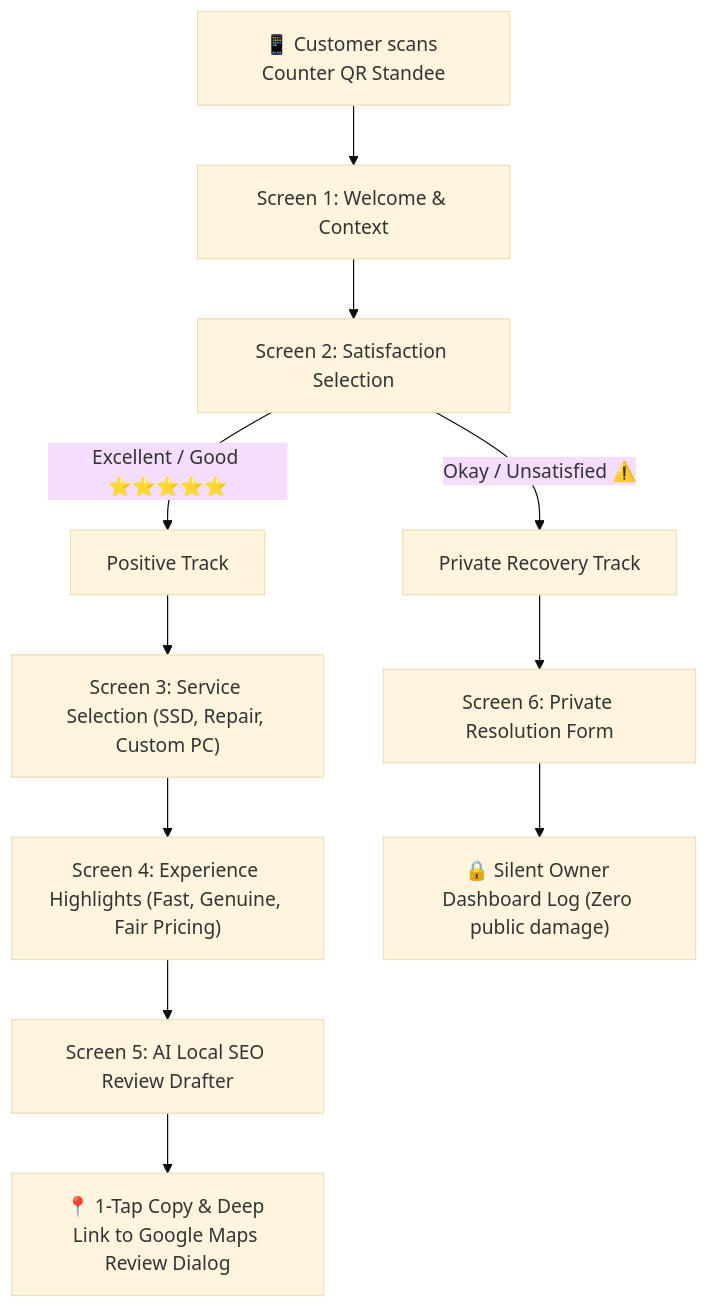
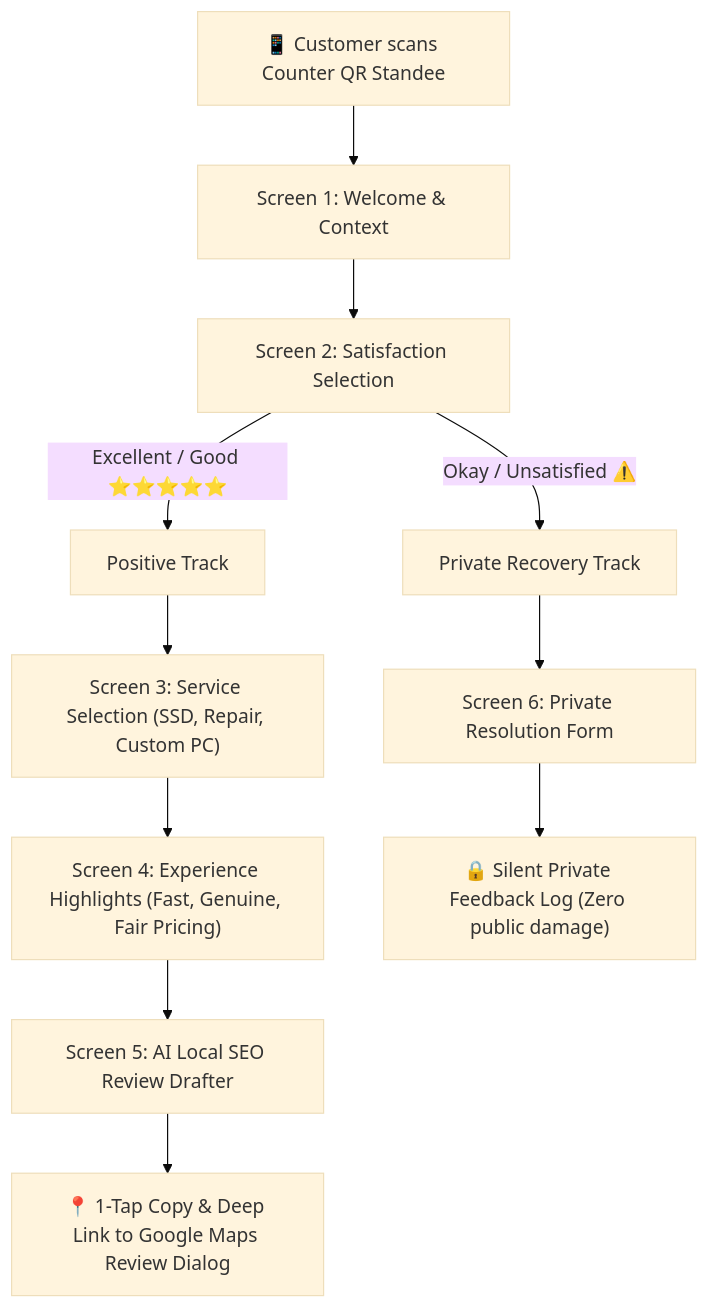
Before and after one commit to tanish179/mainframe-review-assistant: the diagram in README.md, drawn with Mermaid (base theme). The commit also changed other lines of this file and 11 other files, not shown here.

Commit message:
refactor: streamline application to dedicated customer mobile flow and remove dashboard

````diff
--- a/README.md
+++ b/README.md
@@ -18,16 +18,16 @@
 ```mermaid
 flowchart TD
     Scan["📱 Customer scans Counter QR Standee"] --> Step1["Screen 1: Welcome & Context"]
     Step1 --> Step2["Screen 2: Satisfaction Selection"]
     
     Step2 -->|Excellent / Good ⭐️⭐️⭐️⭐️⭐️| HappyTrack["Positive Track"]
     Step2 -->|Okay / Unsatisfied ⚠️| NegativeTrack["Private Recovery Track"]
     
     HappyTrack --> Step3["Screen 3: Service Selection (SSD, Repair, Custom PC)"]
     Step3 --> Step4["Screen 4: Experience Highlights (Fast, Genuine, Fair Pricing)"]
     Step4 --> Step5["Screen 5: AI Local SEO Review Drafter"]
     Step5 --> Google["📍 1-Tap Copy & Deep Link to Google Maps Review Dialog"]
     
     NegativeTrack --> Step6["Screen 6: Private Resolution Form"]
-    Step6 --> SilentLog["🔒 Silent Owner Dashboard Log (Zero public damage)"]
+    Step6 --> SilentLog["🔒 Silent Private Feedback Log (Zero public damage)"]
 ```
````
